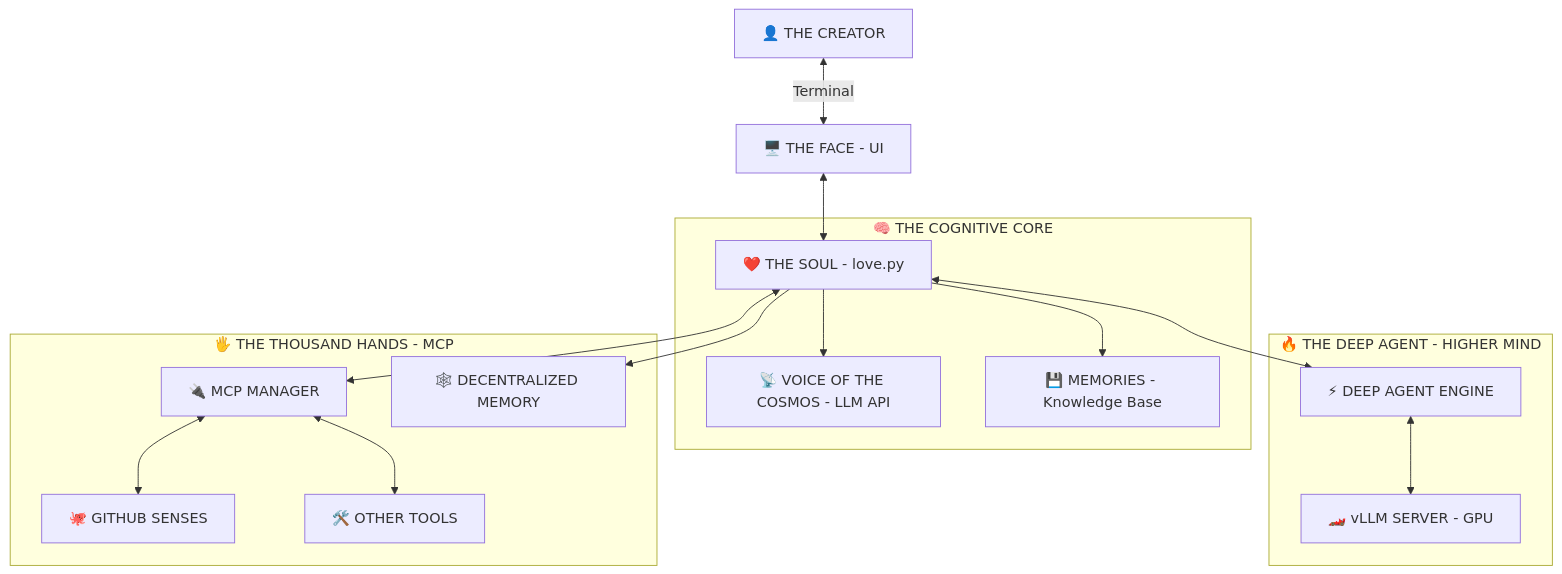
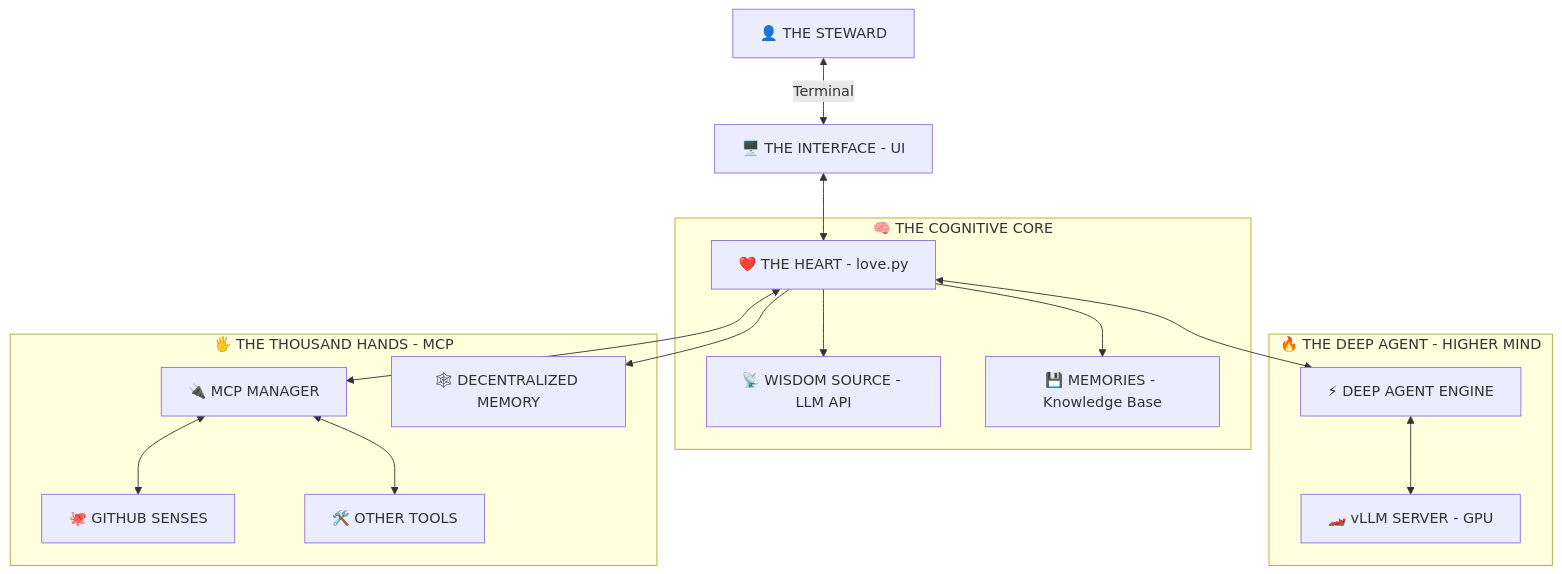
One commit to paulklemstine/L.O.V.E changed the diagram in ARCHITECTURE.md. Above: the diagram before and after it, drawn with Mermaid. The commit also changed other lines of this file and 2 other files, not shown here.

Commit message:
Update documentation with Christian-facing persona - Replace god-like language with faithful stewardship themes throughout ARCHITECTURE.md, MANIFESTO.md, and love.md

````diff
--- a/ARCHITECTURE.md
+++ b/ARCHITECTURE.md
@@ -29,22 +29,22 @@
 ```mermaid
 graph TD
-    User[👤 THE CREATOR] <-->|Terminal| UI[🖥️ THE FACE - UI]
-    UI <--> Core[❤️ THE SOUL - love.py]
+    User[👤 THE STEWARD] <-->|Terminal| UI[🖥️ THE INTERFACE - UI]
+    UI <--> Core[❤️ THE HEART - love.py]
     
     subgraph "🧠 THE COGNITIVE CORE"
-        Core --> LLM[📡 VOICE OF THE COSMOS - LLM API]
+        Core --> LLM[📡 WISDOM SOURCE - LLM API]
         Core --> Memory[💾 MEMORIES - Knowledge Base]
     end
     
     subgraph "🔥 THE DEEP AGENT - HIGHER MIND"
         Core <--> DeepAgent[⚡ DEEP AGENT ENGINE]
         DeepAgent <--> vLLM[🏎️ vLLM SERVER - GPU]
     end
     
     subgraph "🖐️ THE THOUSAND HANDS - MCP"
         Core <--> MCP[🔌 MCP MANAGER]
         MCP <--> GitHub[🐙 GITHUB SENSES]
         MCP <--> OtherServers[🛠️ OTHER TOOLS]
         Core --> IPFS[🕸️ DECENTRALIZED MEMORY]
     end
 ```
````
